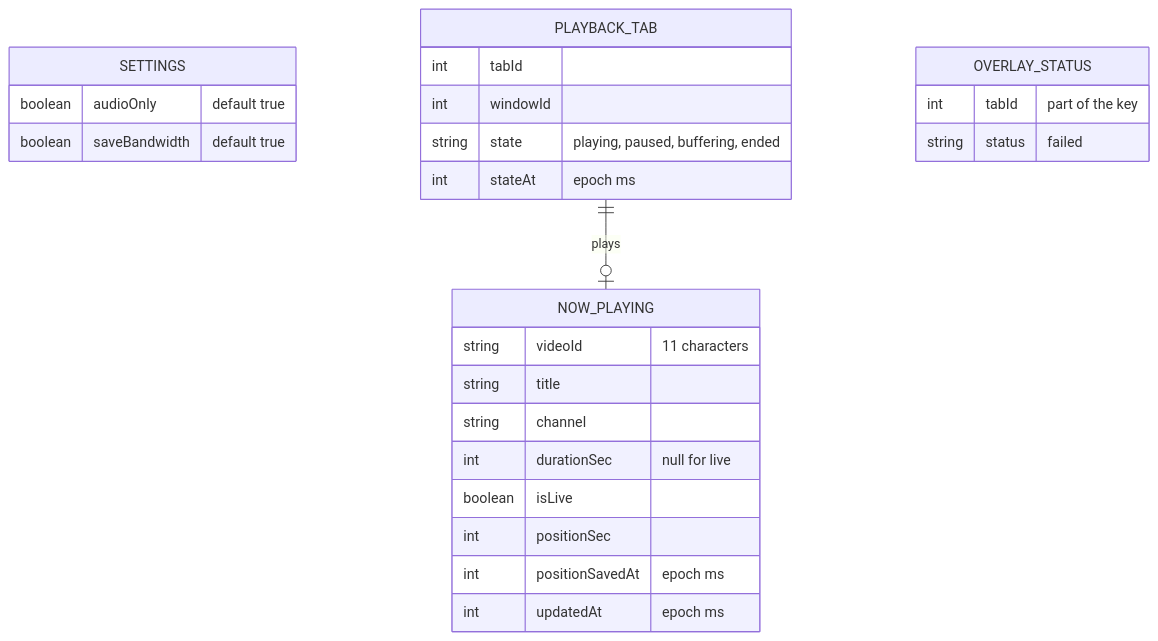
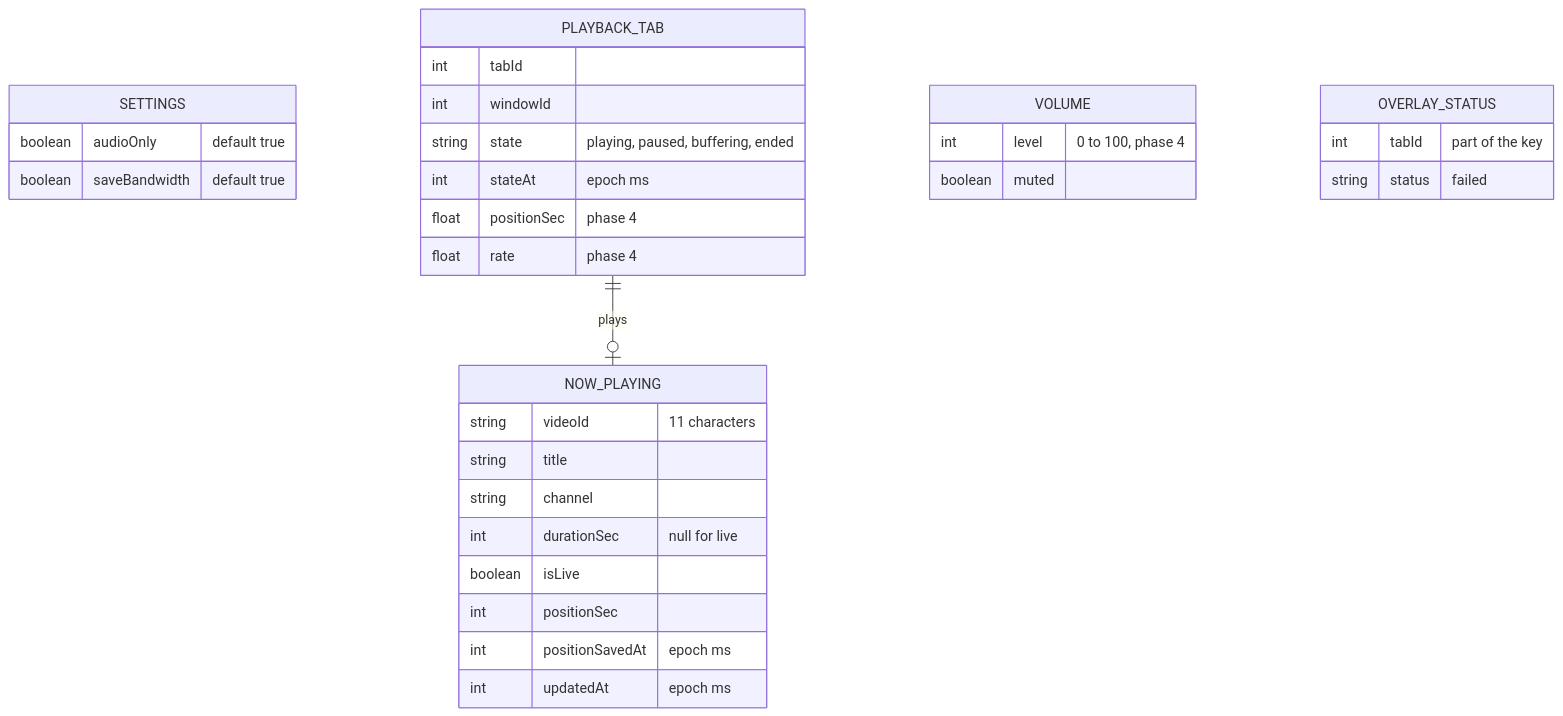
Before and after one commit to sirilabs-se/devspace: the fourth of 7 diagrams in audiotube-project/docs/architecture.md, drawn with Mermaid. The commit also changed other lines of this file and 8 other files, not shown here.

````diff
--- a/audiotube-project/docs/architecture.md
+++ b/audiotube-project/docs/architecture.md
@@ -148,28 +149,34 @@
 ```mermaid
 erDiagram
     SETTINGS {
         boolean audioOnly "default true"
         boolean saveBandwidth "default true"
     }
     NOW_PLAYING {
         string videoId "11 characters"
         string title
         string channel
         int durationSec "null for live"
         boolean isLive
         int positionSec
         int positionSavedAt "epoch ms"
         int updatedAt "epoch ms"
     }
     PLAYBACK_TAB {
         int tabId
         int windowId
         string state "playing, paused, buffering, ended"
         int stateAt "epoch ms"
+        float positionSec "phase 4"
+        float rate "phase 4"
+    }
+    VOLUME {
+        int level "0 to 100, phase 4"
+        boolean muted
     }
     OVERLAY_STATUS {
         int tabId "part of the key"
         string status "failed"
     }
     PLAYBACK_TAB ||--o| NOW_PLAYING : "plays"
 ```
````
